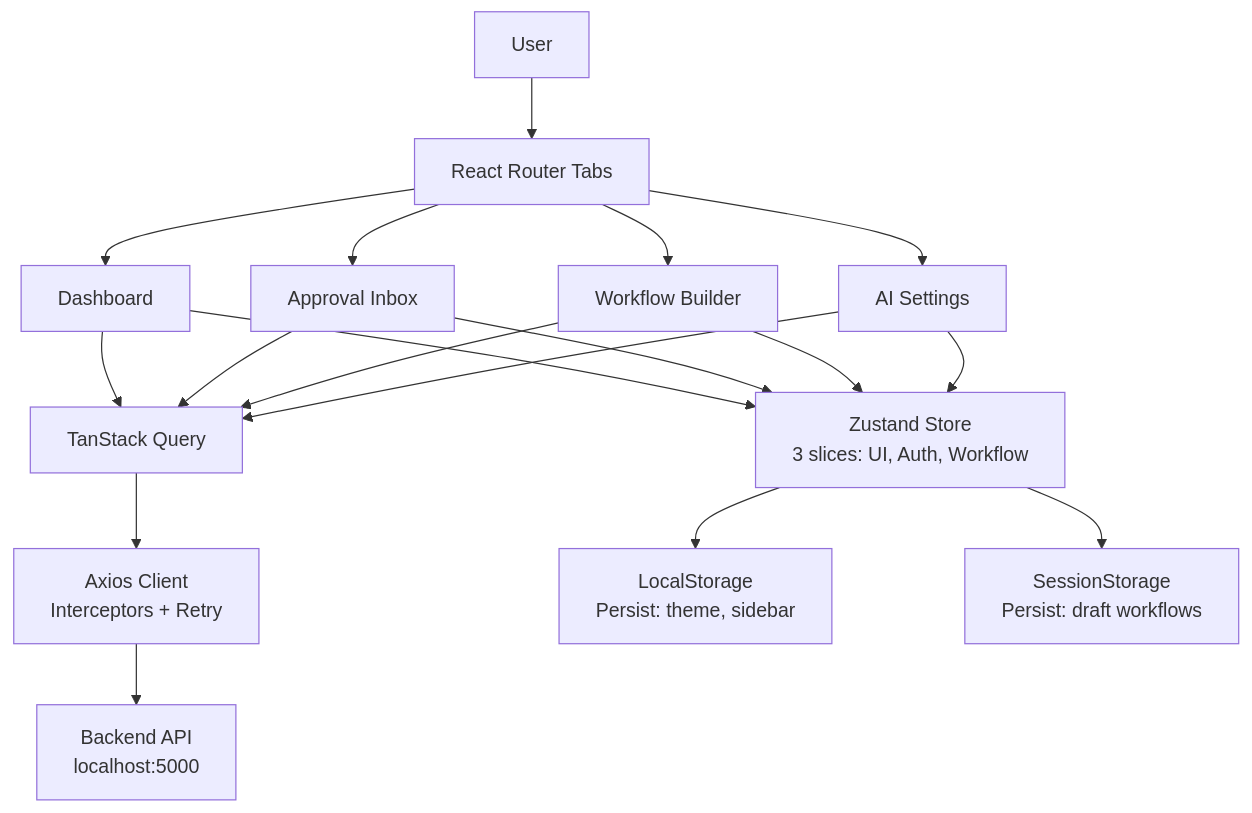
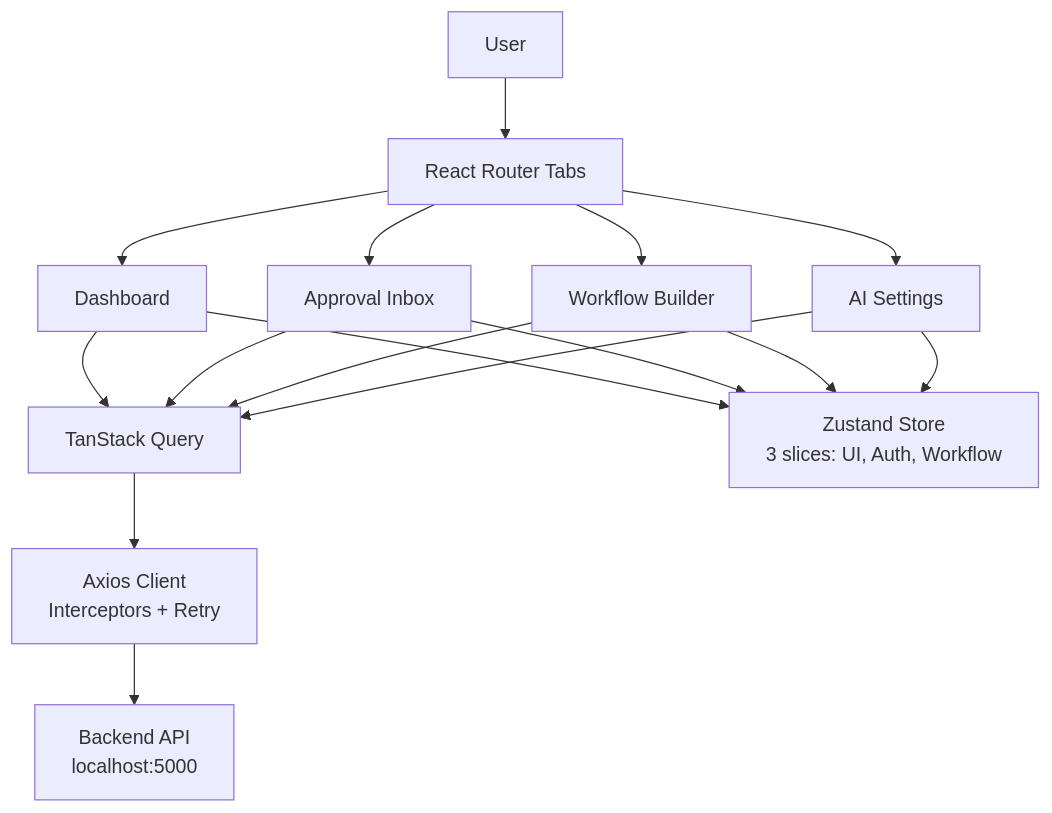
Before and after one commit to mohammed-dev-stack/ai-workflow-orchestrator: the first of 2 diagrams in README.md, drawn with Mermaid. The commit also changed other lines of this file, not shown here.

````diff
--- a/README.md
+++ b/README.md
@@ -62,24 +103,21 @@
 ```mermaid
 graph TD
     A[User] --> B[React Router Tabs]
     B --> C[Dashboard]
     B --> D[Approval Inbox]
     B --> E[Workflow Builder]
     B --> F[AI Settings]
 
     C --> G[TanStack Query]
     D --> G
     E --> G
     F --> G
 
     G --> H[Axios Client<br/>Interceptors + Retry]
     H --> I[Backend API<br/>localhost:5000]
 
     C --> J[Zustand Store<br/>3 slices: UI, Auth, Workflow]
     D --> J
     E --> J
     F --> J
-
-    J --> K[LocalStorage<br/>Persist: theme, sidebar]
-    J --> L[SessionStorage<br/>Persist: draft workflows]
 ```
````
